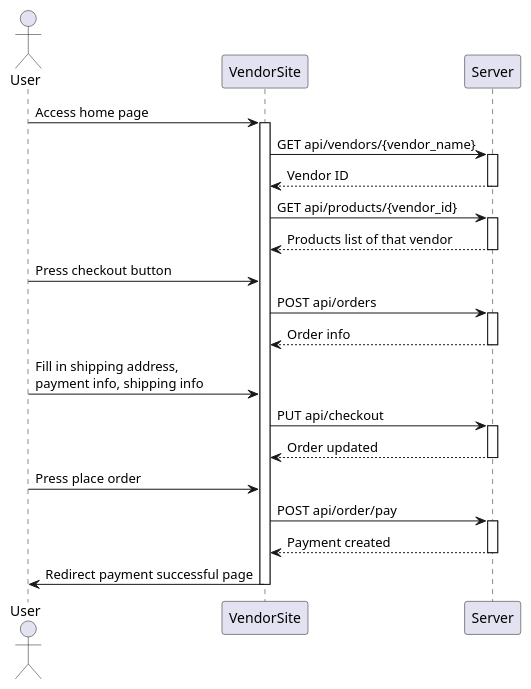
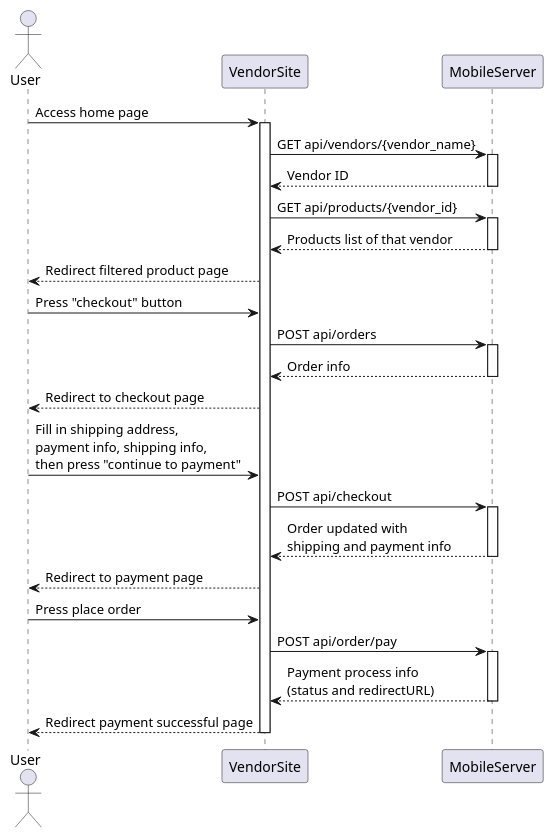
Before and after one commit to tridnguyen97/GreatKart: the diagram in ecommerce_flow.puml, drawn with PlantUML.

Commit message:
fix ecommerce api flow chart

```diff
--- a/ecommerce_flow.puml
+++ b/ecommerce_flow.puml
@@ -1,33 +1,36 @@
 @startuml
 actor User
 participant VendorSite 
-participant Server
+participant MobileServer
 User -> VendorSite: Access home page
 activate VendorSite
-VendorSite -> Server: GET api/vendors/{vendor_name}
-activate Server
-VendorSite <-- Server: Vendor ID
-deactivate Server
-VendorSite -> Server: GET api/products/{vendor_id}
-activate Server
-VendorSite <-- Server: Products list of that vendor
-deactivate Server
-User -> VendorSite: Press checkout button
-VendorSite -> Server: POST api/orders
-activate Server
-VendorSite <-- Server: Order info
-deactivate Server 
-User -> VendorSite: Fill in shipping address, \npayment info, shipping info
-VendorSite -> Server: PUT api/checkout
-activate Server
-VendorSite <-- Server: Order updated
-deactivate Server
+VendorSite -> MobileServer: GET api/vendors/{vendor_name}
+activate MobileServer
+VendorSite <-- MobileServer: Vendor ID
+deactivate MobileServer
+VendorSite -> MobileServer: GET api/products/{vendor_id}
+activate MobileServer
+VendorSite <-- MobileServer: Products list of that vendor
+deactivate MobileServer
+User <-- VendorSite: Redirect filtered product page
+User -> VendorSite: Press "checkout" button
+VendorSite -> MobileServer: POST api/orders
+activate MobileServer
+VendorSite <-- MobileServer: Order info
+deactivate MobileServer 
+User <-- VendorSite: Redirect to checkout page
+User -> VendorSite: Fill in shipping address, \npayment info, shipping info, \nthen press "continue to payment"
+VendorSite -> MobileServer: POST api/checkout
+activate MobileServer
+VendorSite <-- MobileServer: Order updated with \nshipping and payment info
+deactivate MobileServer
+User <-- VendorSite: Redirect to payment page
 User -> VendorSite: Press place order
-VendorSite -> Server: POST api/order/pay
-activate Server
-VendorSite <-- Server: Payment created
-deactivate Server
-VendorSite -> User: Redirect payment successful page
-deactivate Server
+VendorSite -> MobileServer: POST api/order/pay
+activate MobileServer
+VendorSite <-- MobileServer: Payment process info \n(status and redirectURL)
+deactivate MobileServer
+User <-- VendorSite: Redirect payment successful page
+deactivate MobileServer
 deactivate VendorSite
 @enduml
```
